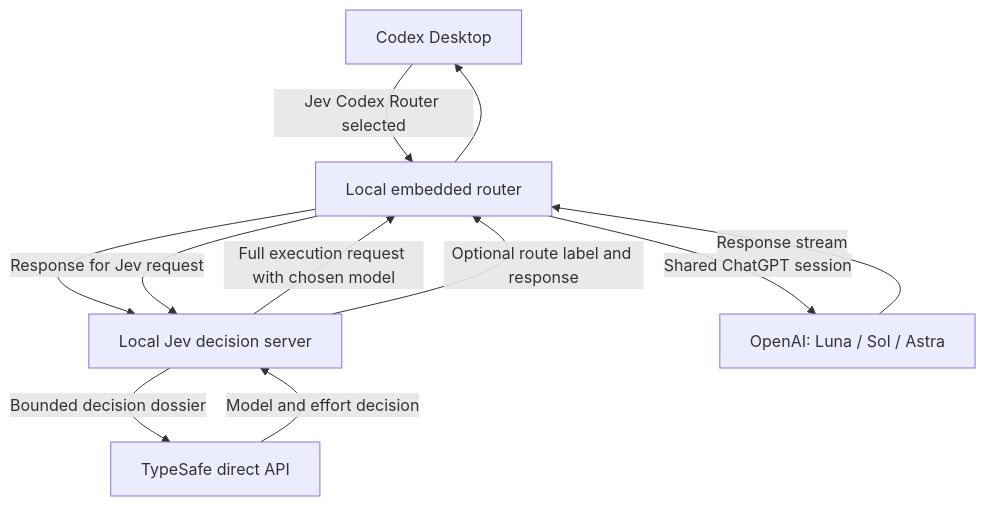
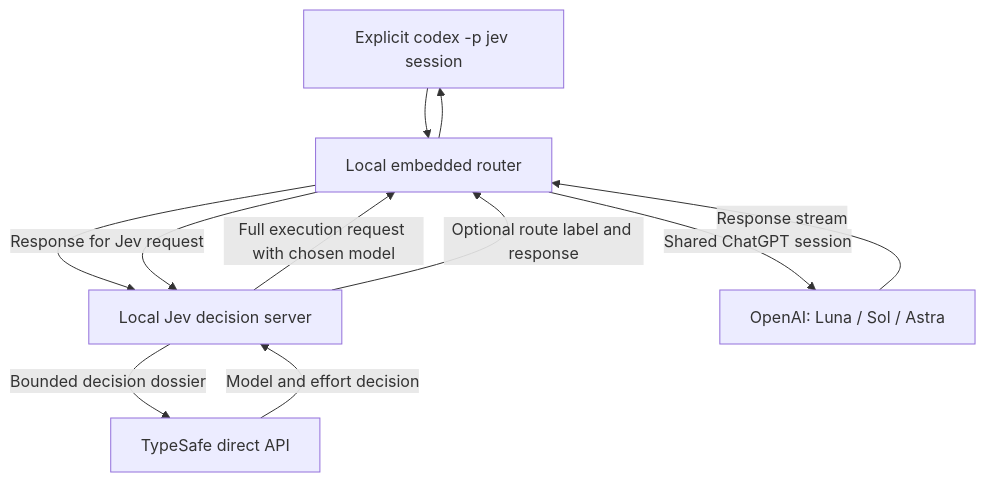
The diagram in README.md (zirubak/ziru-jev-codex-router), drawn with Mermaid before and after one commit. The commit also changed other lines of this file and 19 other files, not shown here.

Commit message:
fix(config): isolate Jev from official Codex

````diff
--- a/README.md
+++ b/README.md
@@ -193,13 +192,13 @@
 ```mermaid
 flowchart TD
-    C[Codex Desktop] -->|Jev Codex Router selected| R[Local embedded router]
+    C[Explicit codex -p jev session] --> R[Local embedded router]
     R --> J[Local Jev decision server]
     J -->|Bounded decision dossier| T[TypeSafe direct API]
     T -->|Model and effort decision| J
     J -->|Full execution request with chosen model| R
     R -->|Shared ChatGPT session| O[OpenAI: Luna / Sol / Astra]
     O -->|Response stream| R
     R -->|Response for Jev request| J
     J -->|Optional route label and response| R
     R --> C
 ```
````
